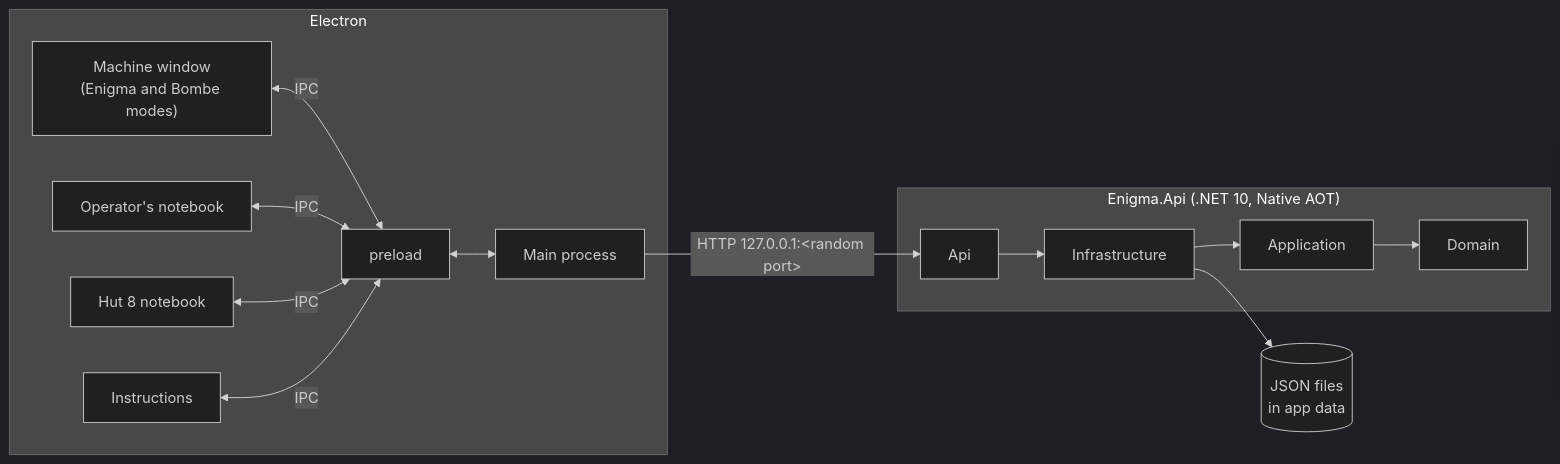
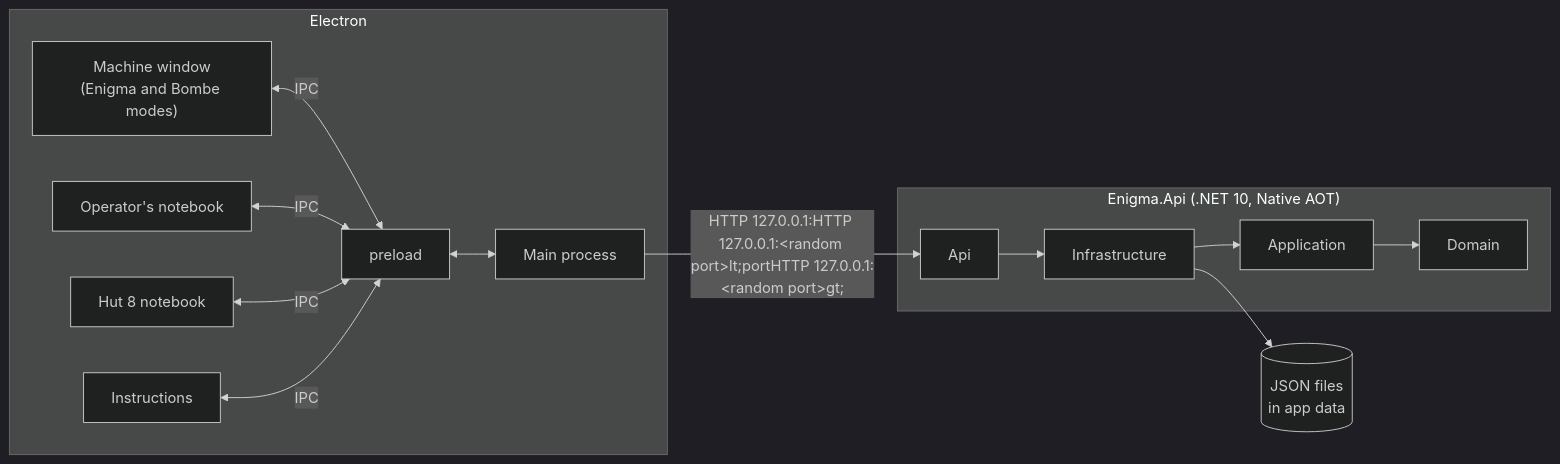
One commit to dvhirtum/enigma changed the second of 14 diagrams in docs/design.md. Above: the diagram before and after it, drawn with Mermaid (dark theme). The commit also changed other lines of this file and 4 other files, not shown here.

First line of the commit message:
feat: serve the API on port 5174 from source and document the OpenAPI URL

````diff
--- a/docs/design.md
+++ b/docs/design.md
@@ -53,17 +53,17 @@
 ```mermaid
 flowchart LR
     subgraph Electron
         R1["Machine window<br/>(Enigma and Bombe modes)"]
         R2[Operator's notebook]
         R3[Hut 8 notebook]
         R4[Instructions]
         P[preload]
         Main[Main process]
         R1 & R2 & R3 & R4 <-->|IPC| P <--> Main
     end
     subgraph "Enigma.Api (.NET 10, Native AOT)"
         Api --> Infrastructure --> Application --> Domain
     end
-    Main -->|"HTTP 127.0.0.1:&lt;random port&gt;"| Api
+    Main -->|"HTTP 127.0.0.1:HTTP 127.0.0.1:&lt;random port&gt;lt;portHTTP 127.0.0.1:&lt;random port&gt;gt;"| Api
     Infrastructure --> Files[("JSON files<br/>in app data")]
 ```
````
